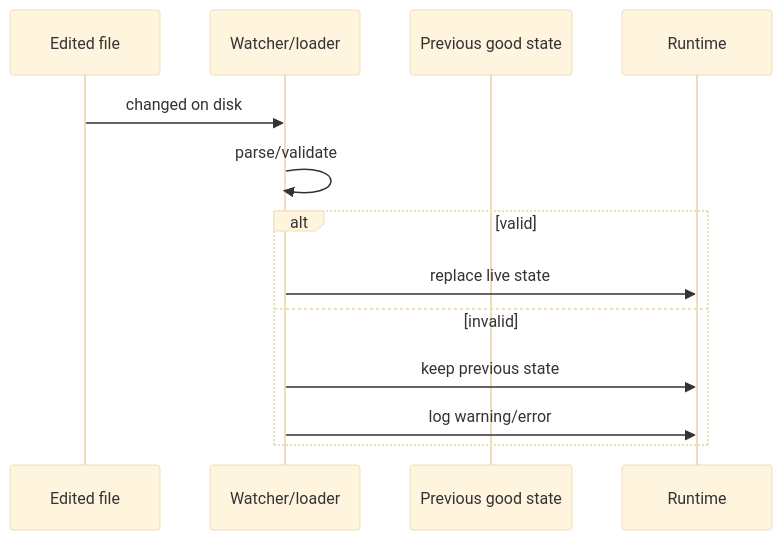
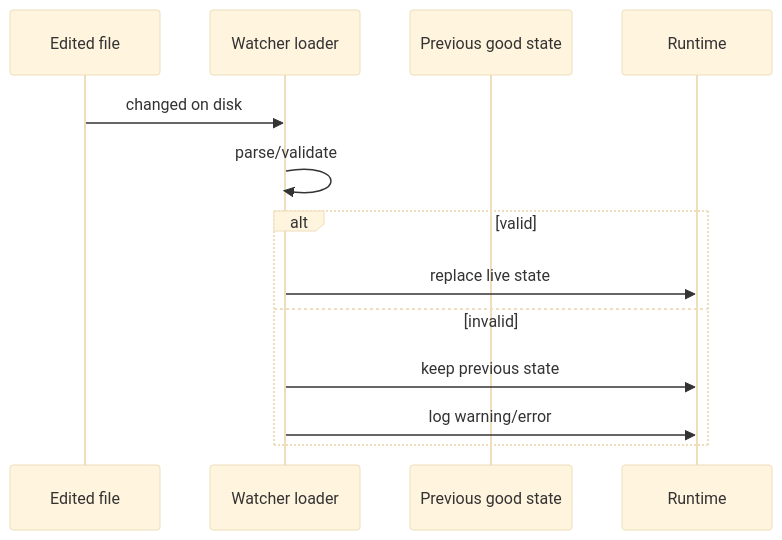
Before and after one commit to soulwax/EchoWiki: the second of 3 diagrams in src/content/docs/pages/architecture/graceful-degradation.md, drawn with Mermaid (base theme). The commit also changed 28 other files, not shown here.

Commit message:
docs: deepen architecture wiki and automate audits

````diff
--- a/src/content/docs/pages/architecture/graceful-degradation.md
+++ b/src/content/docs/pages/architecture/graceful-degradation.md
@@ -45,16 +45,16 @@
 ```mermaid
 sequenceDiagram
     participant File as Edited file
-    participant Watcher as Watcher/loader
+    participant Watcher as Watcher loader
     participant Previous as Previous good state
     participant Runtime as Runtime
 
     File->>Watcher: changed on disk
     Watcher->>Watcher: parse/validate
     alt valid
         Watcher->>Runtime: replace live state
     else invalid
         Watcher->>Runtime: keep previous state
         Watcher->>Runtime: log warning/error
     end
 ```
````
